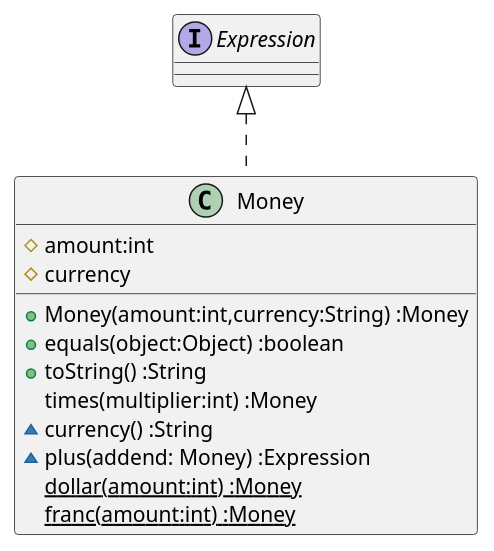
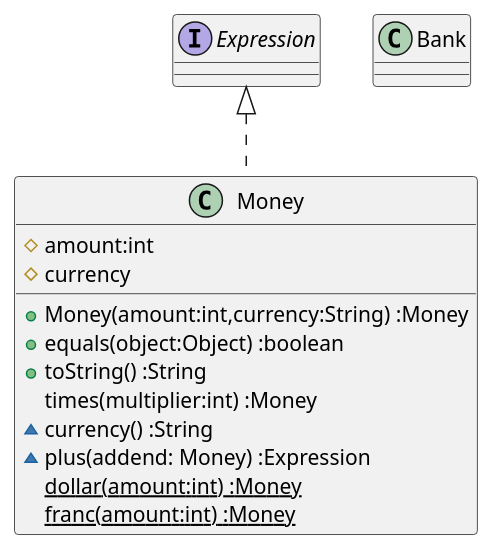
One commit to k2works/etude_for_java changed the diagram in docs/src/TDD.md. Above: the diagram before and after it, drawn with PlantUML. The commit also changed other lines of this file and 3 other files, not shown here.

````diff
--- a/docs/src/TDD.md
+++ b/docs/src/TDD.md
@@ -47,16 +47,18 @@
 ```puml
 class Money {
   #amount:int
   #currency  
   +Money(amount:int,currency:String) :Money
   +equals(object:Object) :boolean  
   +toString() :String
   times(multiplier:int) :Money
   ~currency() :String
   ~plus(addend: Money) :Expression
   {static} dollar(amount:int) :Money
   {static} franc(amount:int) :Money  
 }
 interface Expression
+class Bank {
+}
 Expression <|.. Money
 ```
````
